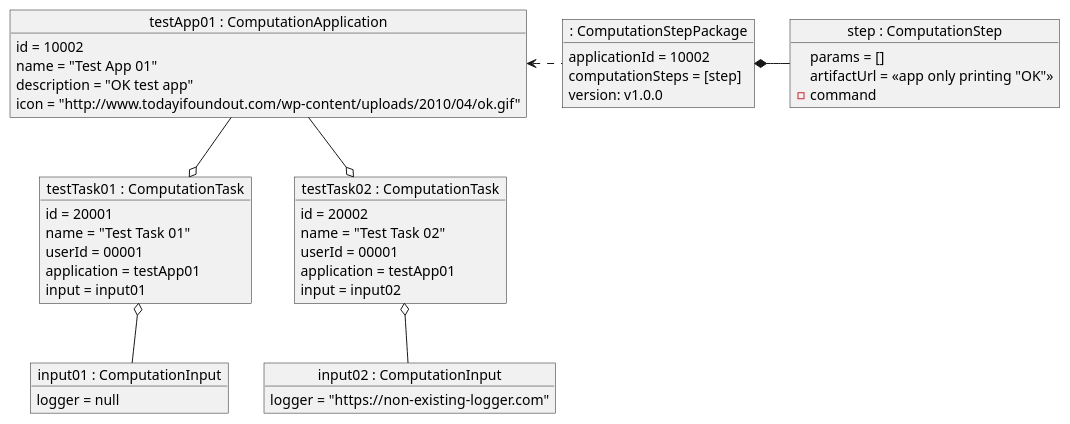
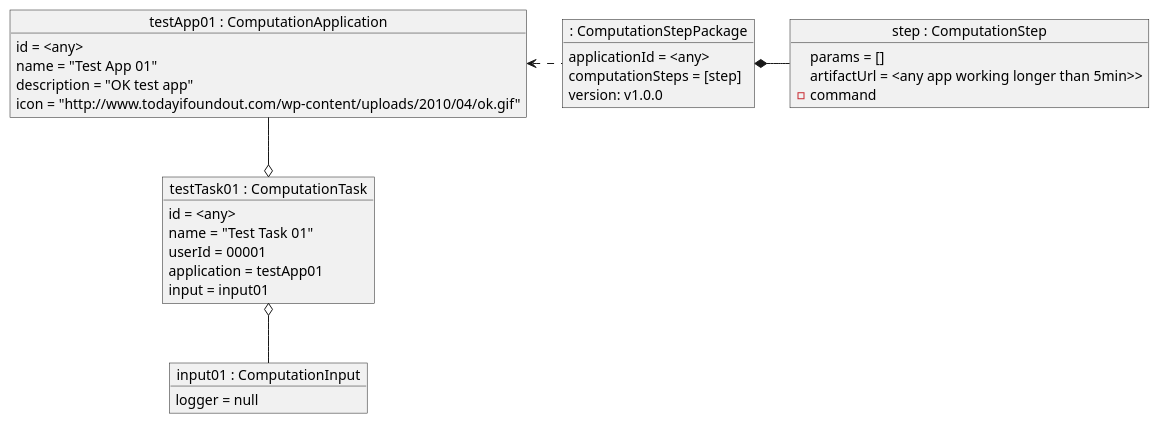
One commit to Plan-B-PO/docs changed the diagram in test_scenarios/data/T4_in.puml. Above: the diagram before and after it, drawn with PlantUML. The commit also changed 3 other files, not shown here.

```diff
--- a/test_scenarios/data/T4_in.puml
+++ b/test_scenarios/data/T4_in.puml
@@ -1,56 +1,41 @@
 @startuml
 
 object "testApp01 : ComputationApplication" as testApp01 {
-    id = 10002
+    id = <any>
     name = "Test App 01"
     description = "OK test app"
     icon = "http://www.todayifoundout.com/wp-content/uploads/2010/04/ok.gif"
 }
 
 object ": ComputationStepPackage" as pack {
-    applicationId = 10002
+    applicationId = <any>
     computationSteps = [step]
     version: v1.0.0
 }
 
 testApp01 <. pack
 
 object "step : ComputationStep" as step {
     params = []
-    artifactUrl = <<app only printing "OK">>
+    artifactUrl = <any app working longer than 5min>>
     - command
 }
 
 pack *- step
 
 object "testTask01 : ComputationTask" as testTask01 {
-    id = 20001
+    id = <any>
     name = "Test Task 01"
     userId = 00001
     application = testApp01
     input = input01
 }
 
 object "input01 : ComputationInput" as input01 {
     logger = null
 }
 
 testApp01 --o testTask01
 testTask01 o-- input01
 
-object "testTask02 : ComputationTask" as testTask02 {
-    id = 20002
-    name = "Test Task 02"
-    userId = 00001
-    application = testApp01
-    input = input02
-}
-
-object "input02 : ComputationInput" as input02 {
-    logger = "https://non-existing-logger.com"
-}
-
-testApp01 --o testTask02
-testTask02 o-- input02
-
 @enduml
```
